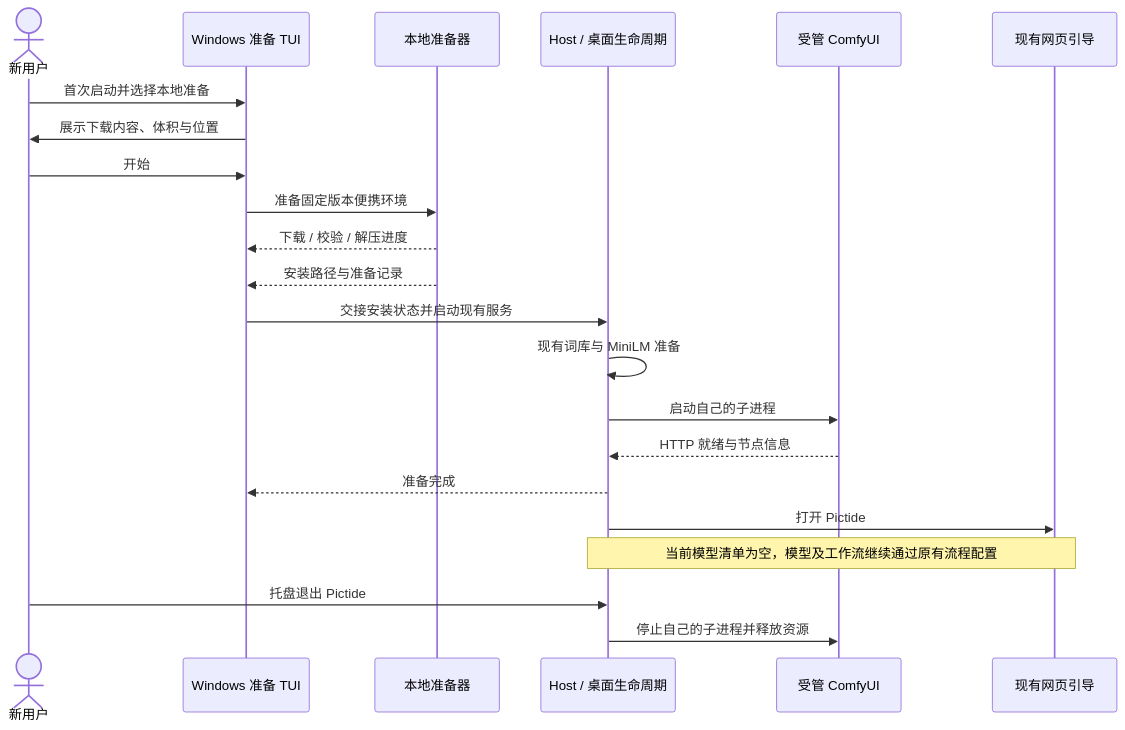
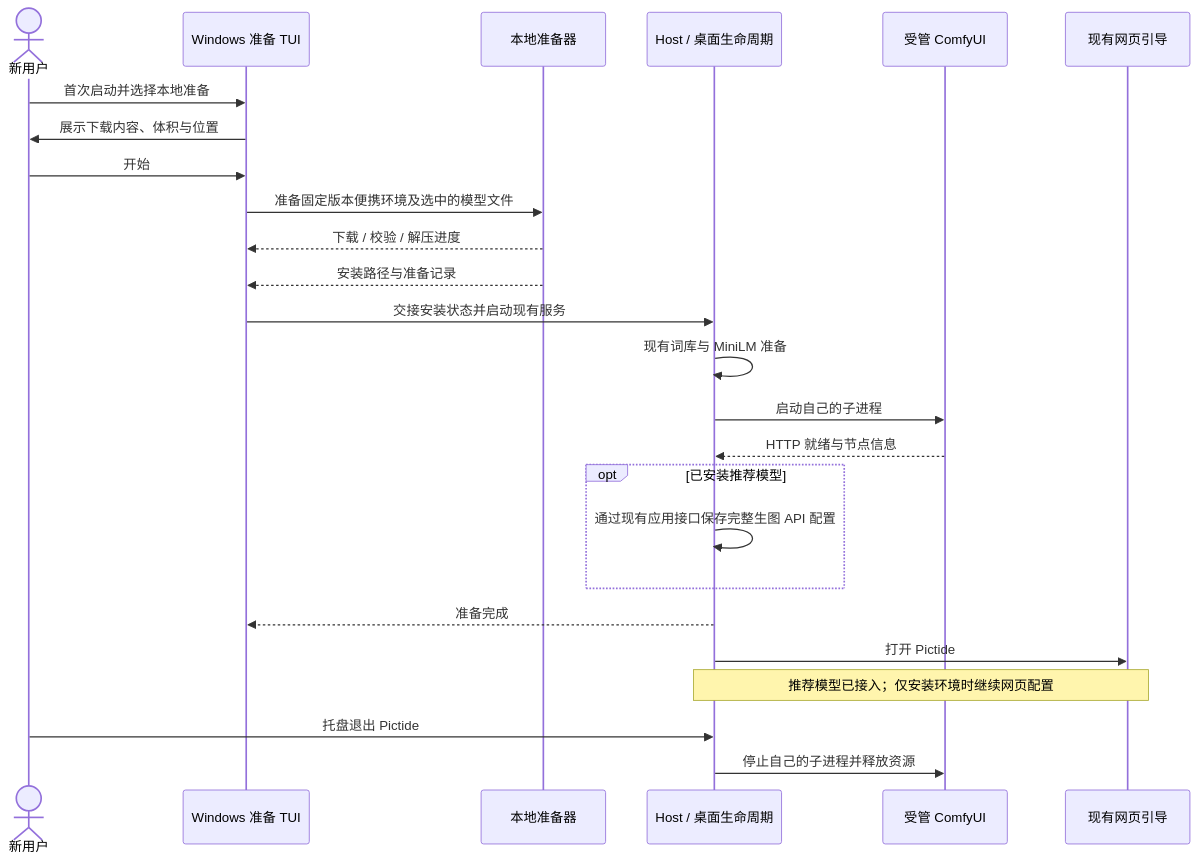
One commit to Lykr/pictide changed the second of 2 diagrams in docs/dev/issues/windows-first-run-tui.md. Above: the diagram before and after it, drawn with Mermaid. The commit also changed other lines of this file and 3 other files, not shown here.

````diff
--- a/docs/dev/issues/windows-first-run-tui.md
+++ b/docs/dev/issues/windows-first-run-tui.md
@@ -80,24 +96,27 @@
 ```mermaid
 sequenceDiagram
     actor User as 新用户
     participant TUI as Windows 准备 TUI
     participant Installer as 本地准备器
     participant Host as Host / 桌面生命周期
     participant Comfy as 受管 ComfyUI
     participant Web as 现有网页引导
     User->>TUI: 首次启动并选择本地准备
     TUI->>User: 展示下载内容、体积与位置
     User->>TUI: 开始
-    TUI->>Installer: 准备固定版本便携环境
+    TUI->>Installer: 准备固定版本便携环境及选中的模型文件
     Installer-->>TUI: 下载 / 校验 / 解压进度
     Installer-->>TUI: 安装路径与准备记录
     TUI->>Host: 交接安装状态并启动现有服务
     Host->>Host: 现有词库与 MiniLM 准备
     Host->>Comfy: 启动自己的子进程
     Comfy-->>Host: HTTP 就绪与节点信息
+    opt 已安装推荐模型
+        Host->>Host: 通过现有应用接口保存完整生图 API 配置
+    end
     Host-->>TUI: 准备完成
     Host->>Web: 打开 Pictide
-    Note over Host,Web: 当前模型清单为空，模型及工作流继续通过原有流程配置
+    Note over Host,Web: 推荐模型已接入；仅安装环境时继续网页配置
     User->>Host: 托盘退出 Pictide
     Host->>Comfy: 停止自己的子进程并释放资源
 ```
````
